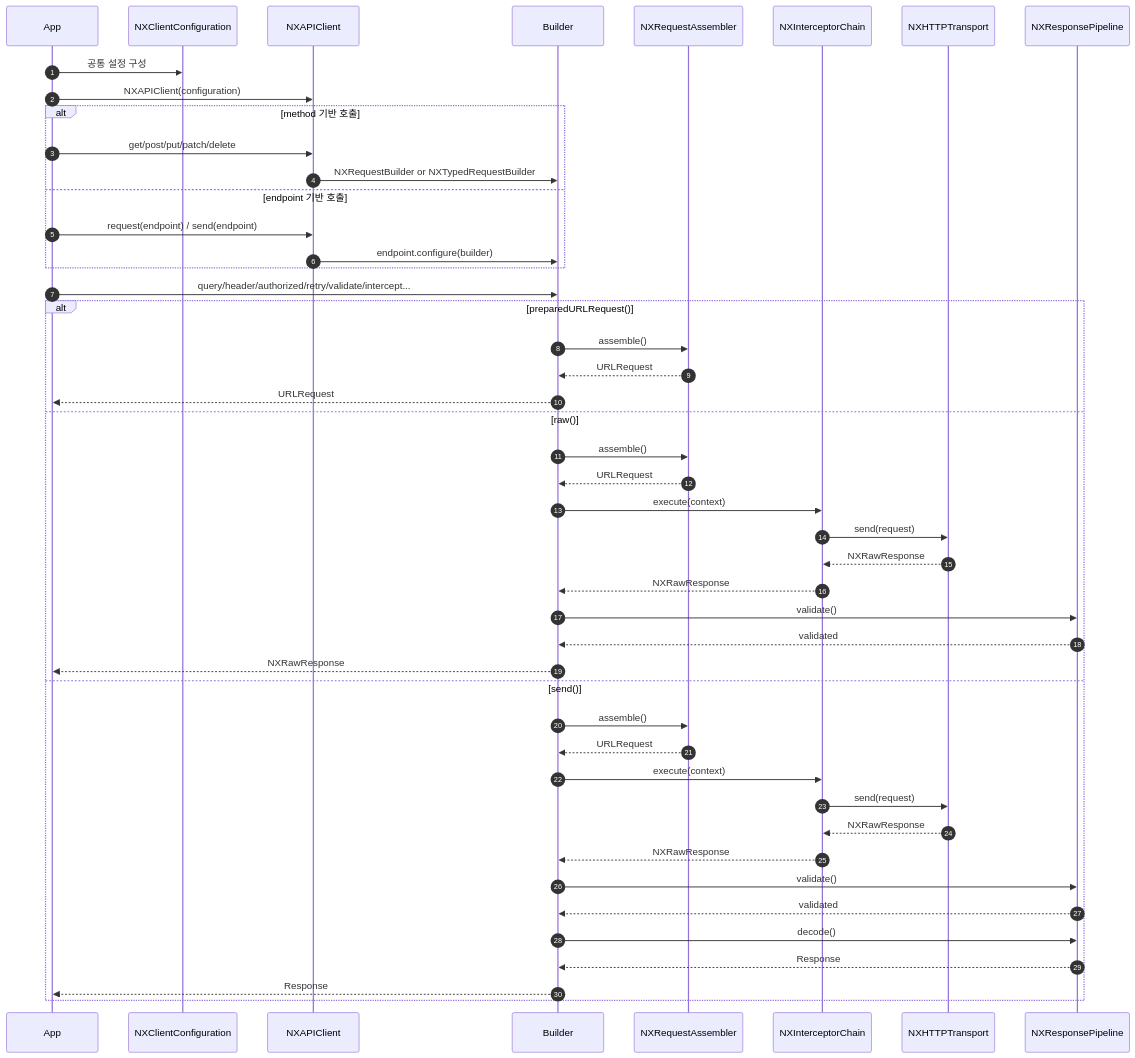
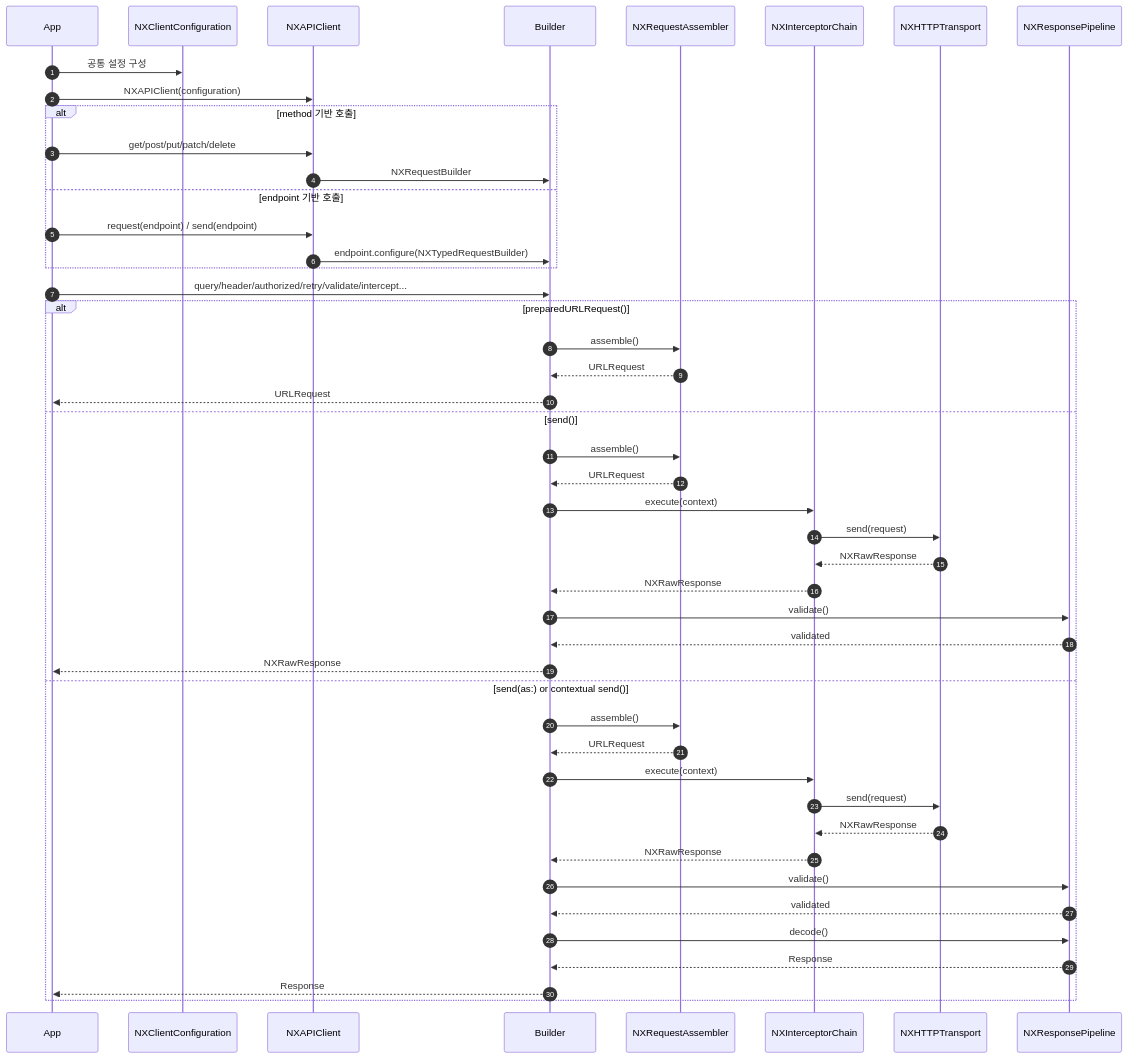
The diagram in README.ko.md (opficdev/Nexa), drawn with Mermaid before and after one commit. The commit also changed other lines of this file and 7 other files, not shown here.

````diff
--- a/README.ko.md
+++ b/README.ko.md
@@ -155,53 +170,53 @@
 ```mermaid
 sequenceDiagram
     autonumber
     participant App
     participant Config as NXClientConfiguration
     participant Client as NXAPIClient
     participant Builder as Builder
     participant Assembler as NXRequestAssembler
     participant Chain as NXInterceptorChain
     participant Transport as NXHTTPTransport
     participant Pipeline as NXResponsePipeline
 
     App->>Config: 공통 설정 구성
     App->>Client: NXAPIClient(configuration)
 
     alt method 기반 호출
         App->>Client: get/post/put/patch/delete
-        Client->>Builder: NXRequestBuilder or NXTypedRequestBuilder
+        Client->>Builder: NXRequestBuilder
     else endpoint 기반 호출
         App->>Client: request(endpoint) / send(endpoint)
-        Client->>Builder: endpoint.configure(builder)
+        Client->>Builder: endpoint.configure(NXTypedRequestBuilder)
     end
 
     App->>Builder: query/header/authorized/retry/validate/intercept...
 
     alt preparedURLRequest()
         Builder->>Assembler: assemble()
         Assembler-->>Builder: URLRequest
         Builder-->>App: URLRequest
-    else raw()
+    else send()
         Builder->>Assembler: assemble()
         Assembler-->>Builder: URLRequest
         Builder->>Chain: execute(context)
         Chain->>Transport: send(request)
         Transport-->>Chain: NXRawResponse
         Chain-->>Builder: NXRawResponse
         Builder->>Pipeline: validate()
         Pipeline-->>Builder: validated
         Builder-->>App: NXRawResponse
-    else send()
+    else send(as:) or contextual send()
         Builder->>Assembler: assemble()
         Assembler-->>Builder: URLRequest
         Builder->>Chain: execute(context)
         Chain->>Transport: send(request)
         Transport-->>Chain: NXRawResponse
         Chain-->>Builder: NXRawResponse
         Builder->>Pipeline: validate()
         Pipeline-->>Builder: validated
         Builder->>Pipeline: decode()
         Pipeline-->>Builder: Response
         Builder-->>App: Response
     end
 ```
````
